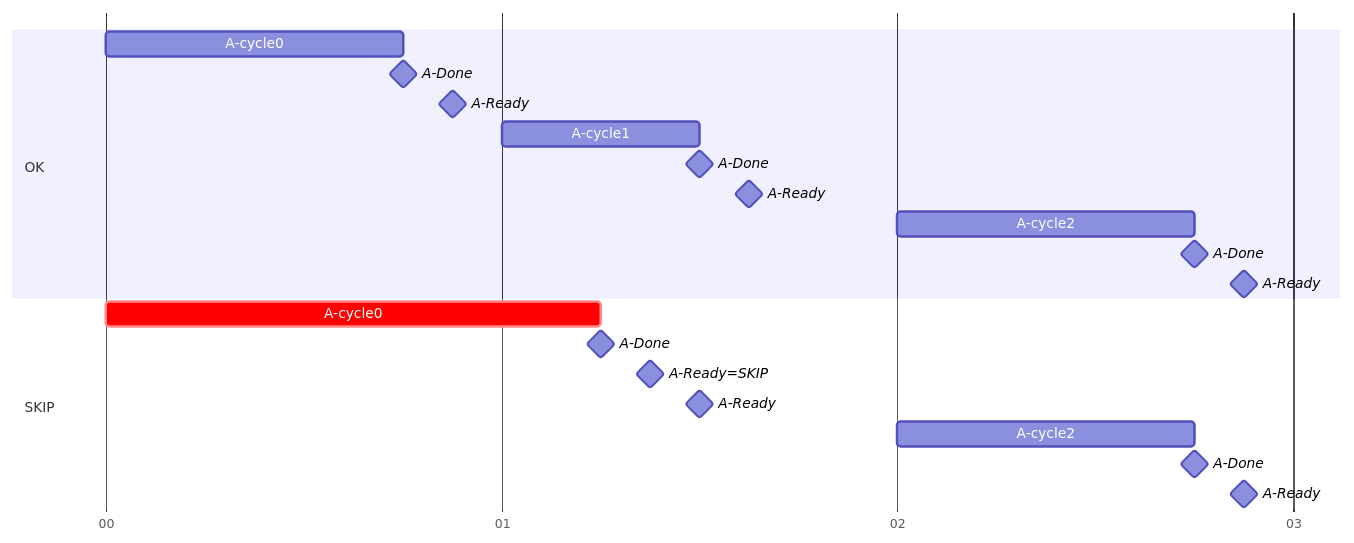
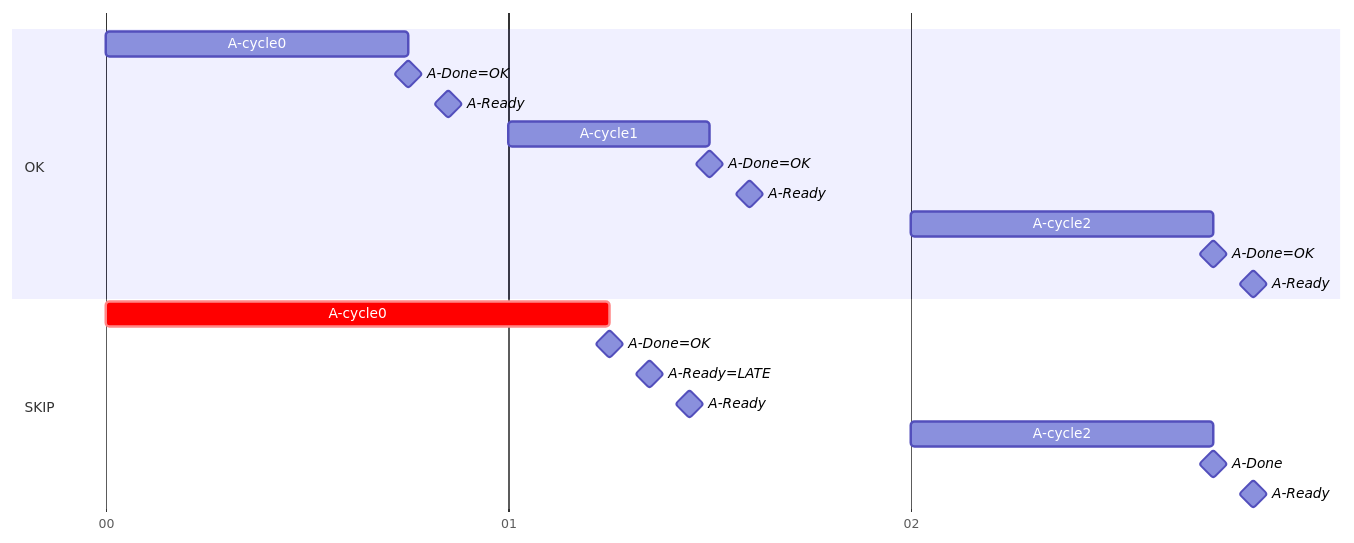
The second of 3 diagrams in docs/message-sequence-skip.md (nao-kawano/ritsu-scheduler), drawn with Mermaid before and after one commit. The commit also changed other lines of this file and 3 other files, not shown here.

````diff
--- a/docs/message-sequence-skip.md
+++ b/docs/message-sequence-skip.md
@@ -53,27 +72,27 @@
 ```mermaid
 gantt
   todayMarker off
   dateFormat m
   axisFormat %M
   tickInterval 1minute
 
   section OK
     A-cycle0: a0, 0, 0.75m
-    A-Done: milestone, a0d, after a0,
-    A-Ready: milestone, a1r, after a0, 0.25m
+    A-Done=OK: milestone, a0d, after a0,
+    A-Ready: milestone, a1r, after a0d, 0.2m
     A-cycle1: a1, 1, 0.50m
-    A-Done: milestone, a1d, after a1,
-    A-Ready: milestone, a2r, after a1, 0.25m
+    A-Done=OK: milestone, a1d, after a1,
+    A-Ready: milestone, a2r, after a1d, 0.2m
     A-cycle2: a2, 2, 0.75m
-    A-Done: milestone, a2d, after a2,
-    A-Ready: milestone, a3r, after a2, 0.25m
+    A-Done=OK: milestone, a2d, after a2,
+    A-Ready: milestone, a3r, after a2d, 0.2m
 
   section SKIP
     A-cycle0: crit, aa0, 0, 1.25m
-    A-Done: milestone, aa0d, after aa0,
-    A-Ready=SKIP: milestone, aa1r, after aa0, 0.25m
+    A-Done=OK: milestone, aa0d, after aa0,
+    A-Ready=LATE: milestone, aa1r, after aa0d, 0.2m
     A-Ready: milestone, aa2r, after aa1r,
     A-cycle2: aa2, 2, 0.75m
     A-Done: milestone, aa2d, after aa2,
-    A-Ready: milestone, a3r, after aa2, 0.25m
+    A-Ready: milestone, a3r, after aa2d, 0.2m
 ```
````
